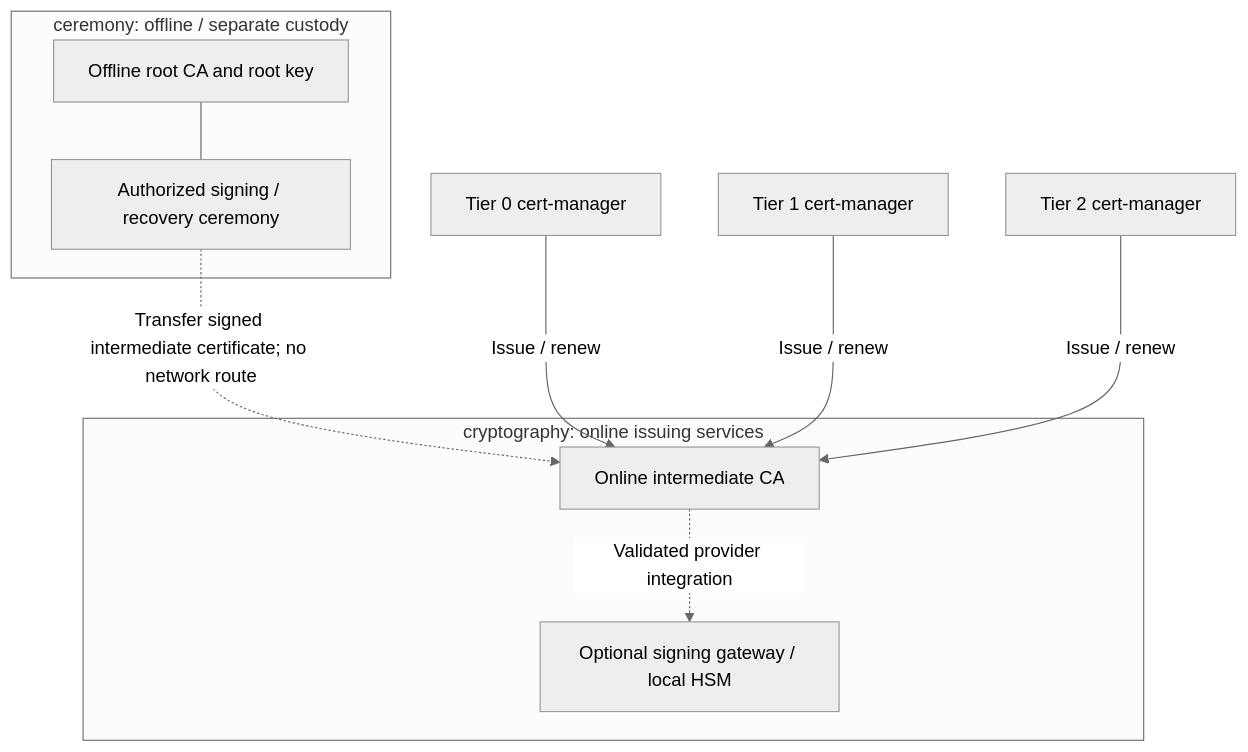
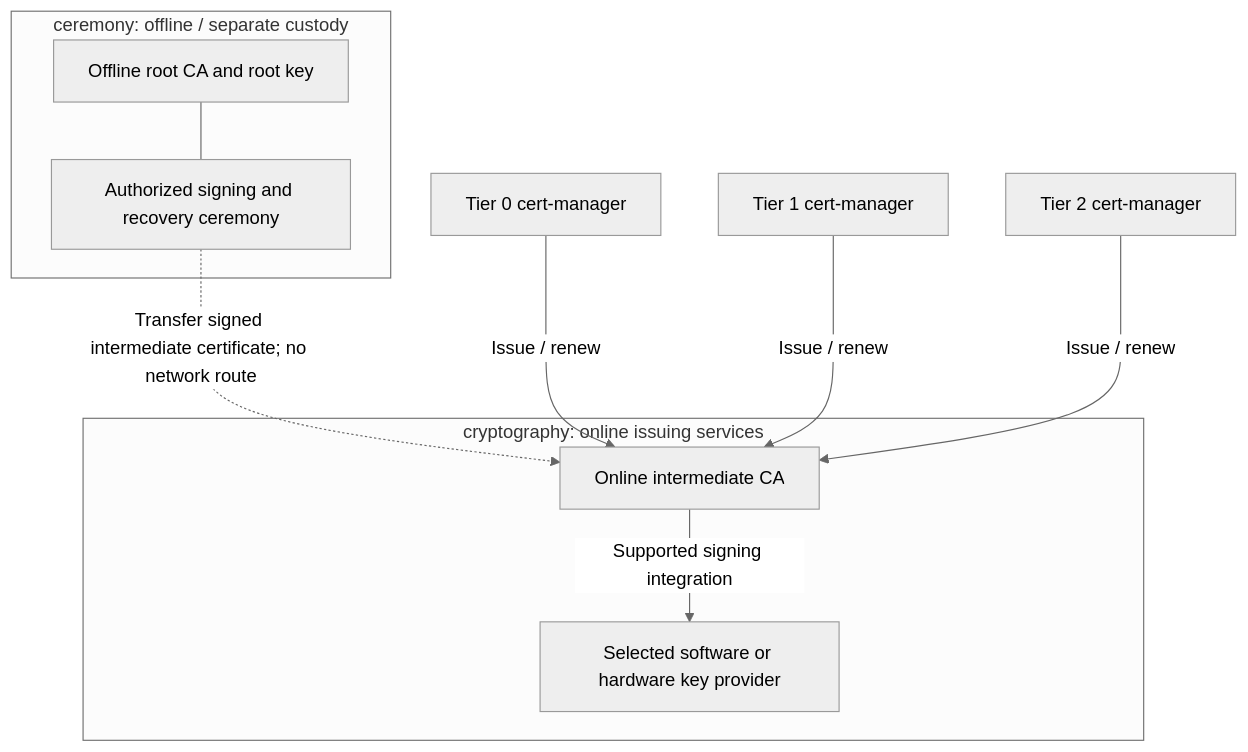
One commit to Rexus/homelab changed the second of 2 diagrams in docs/architecture/reference-platform.md. Above: the diagram before and after it, drawn with Mermaid (neutral theme). The commit also changed other lines of this file and 89 other files, not shown here.

Commit message:
feat(iac): add tier clusters and top-down architecture

````diff
--- a/docs/architecture/reference-platform.md
+++ b/docs/architecture/reference-platform.md
@@ -87,17 +141,17 @@
 ```mermaid
 flowchart TB
   subgraph CER["ceremony: offline / separate custody"]
     Root["Offline root CA and root key"]
-    Ops["Authorized signing / recovery ceremony"]
+    Ops["Authorized signing and recovery ceremony"]
     Root --- Ops
   end
   subgraph CRYPTO["cryptography: online issuing services"]
     Issuer["Online intermediate CA"]
-    HSM["Optional signing gateway / local HSM"]
-    Issuer -. "Validated provider integration" .-> HSM
+    Provider["Selected software or hardware key provider"]
+    Issuer -->|Supported signing integration| Provider
   end
   Ops -. "Transfer signed intermediate certificate; no network route" .-> Issuer
   CM0["Tier 0 cert-manager"] -->|Issue / renew| Issuer
   CM1["Tier 1 cert-manager"] -->|Issue / renew| Issuer
   CM2["Tier 2 cert-manager"] -->|Issue / renew| Issuer
 ```
````
